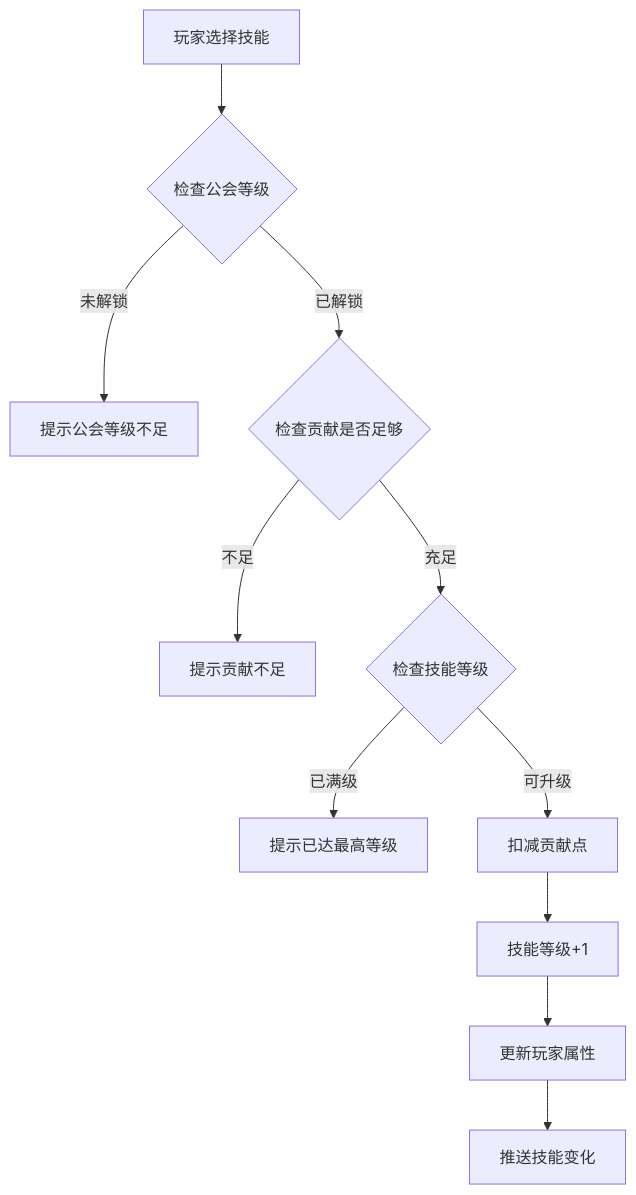
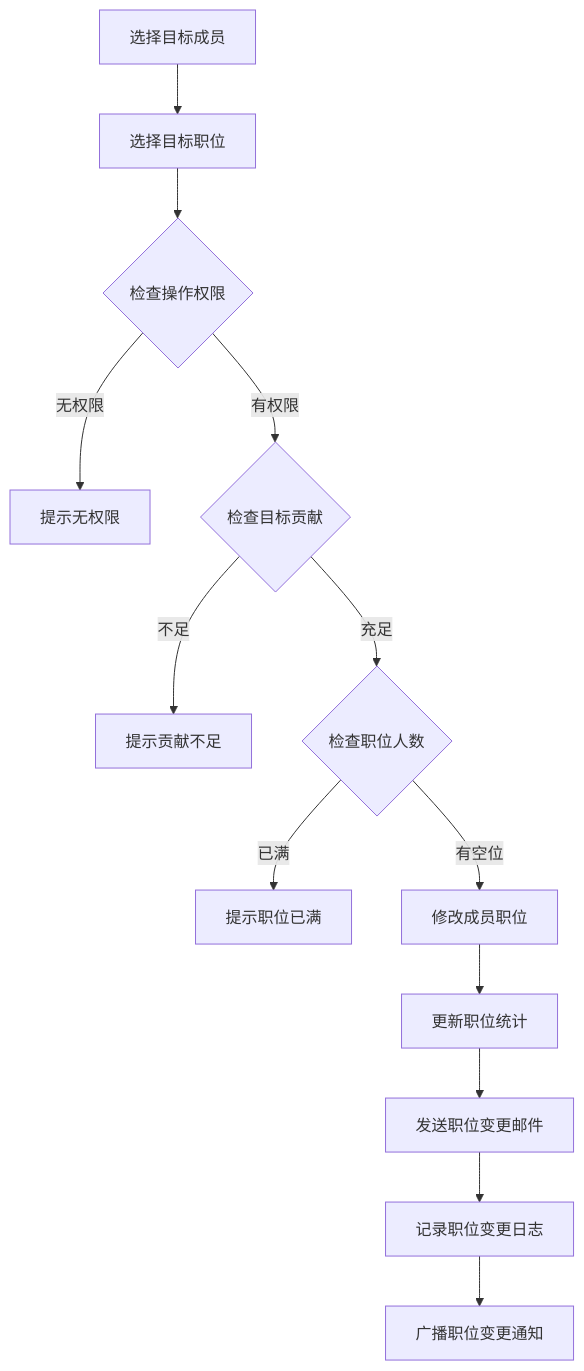
One commit to Alan-Ben/k2c_game_framework changed the fourth of 8 diagrams in docs/Module_Guild/05_完整说明.md. Above: the diagram before and after it, drawn with Mermaid. The commit also changed other lines of this file and 75 other files, not shown here.

````diff
--- a/docs/Module_Guild/05_完整说明.md
+++ b/docs/Module_Guild/05_完整说明.md
@@ -180,13 +211,15 @@
 ```mermaid
 flowchart TD
-    A[玩家选择技能] --> B{检查公会等级}
-    B -->|未解锁| C[提示公会等级不足]
-    B -->|已解锁| D{检查贡献是否足够}
-    D -->|不足| E[提示贡献不足]
-    D -->|充足| F{检查技能等级}
-    F -->|已满级| G[提示已达最高等级]
-    F -->|可升级| H[扣减贡献点]
-    H --> I[技能等级+1]
-    I --> J[更新玩家属性]
-    J --> K[推送技能变化]
+    A[选择目标成员] --> B[选择目标职位]
+    B --> C{检查操作权限}
+    C -->|无权限| D[提示无权限]
+    C -->|有权限| E{检查目标贡献}
+    E -->|不足| F[提示贡献不足]
+    E -->|充足| G{检查职位人数}
+    G -->|已满| H[提示职位已满]
+    G -->|有空位| I[修改成员职位]
+    I --> J[更新职位统计]
+    J --> K[发送职位变更邮件]
+    K --> L[记录职位变更日志]
+    L --> M[广播职位变更通知]
 ```
````
